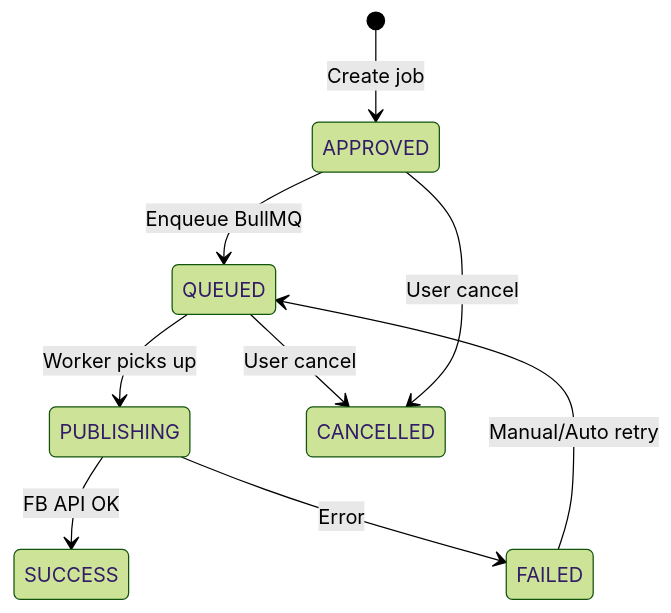
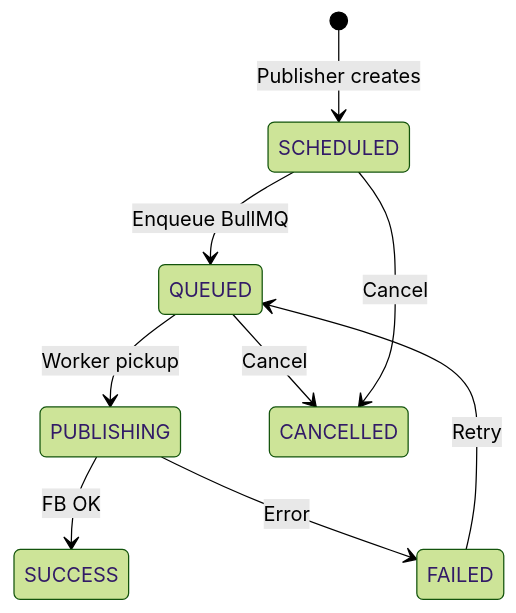
Before and after one commit to hieptvh18/auto-post-social: the second of 2 diagrams in docs/02-architecture.md, drawn with Mermaid (forest theme). The commit also changed other lines of this file and 31 other files, not shown here.

````diff
--- a/docs/02-architecture.md
+++ b/docs/02-architecture.md
@@ -319,11 +306,11 @@
 ```mermaid
 stateDiagram-v2
-    [*] --> APPROVED: Create job
-    APPROVED --> QUEUED: Enqueue BullMQ
-    QUEUED --> PUBLISHING: Worker picks up
-    PUBLISHING --> SUCCESS: FB API OK
+    [*] --> SCHEDULED: Publisher creates
+    SCHEDULED --> QUEUED: Enqueue BullMQ
+    QUEUED --> PUBLISHING: Worker pickup
+    PUBLISHING --> SUCCESS: FB OK
     PUBLISHING --> FAILED: Error
-    FAILED --> QUEUED: Manual/Auto retry
-    QUEUED --> CANCELLED: User cancel
-    APPROVED --> CANCELLED: User cancel
+    FAILED --> QUEUED: Retry
+    QUEUED --> CANCELLED: Cancel
+    SCHEDULED --> CANCELLED: Cancel
 ```
````
